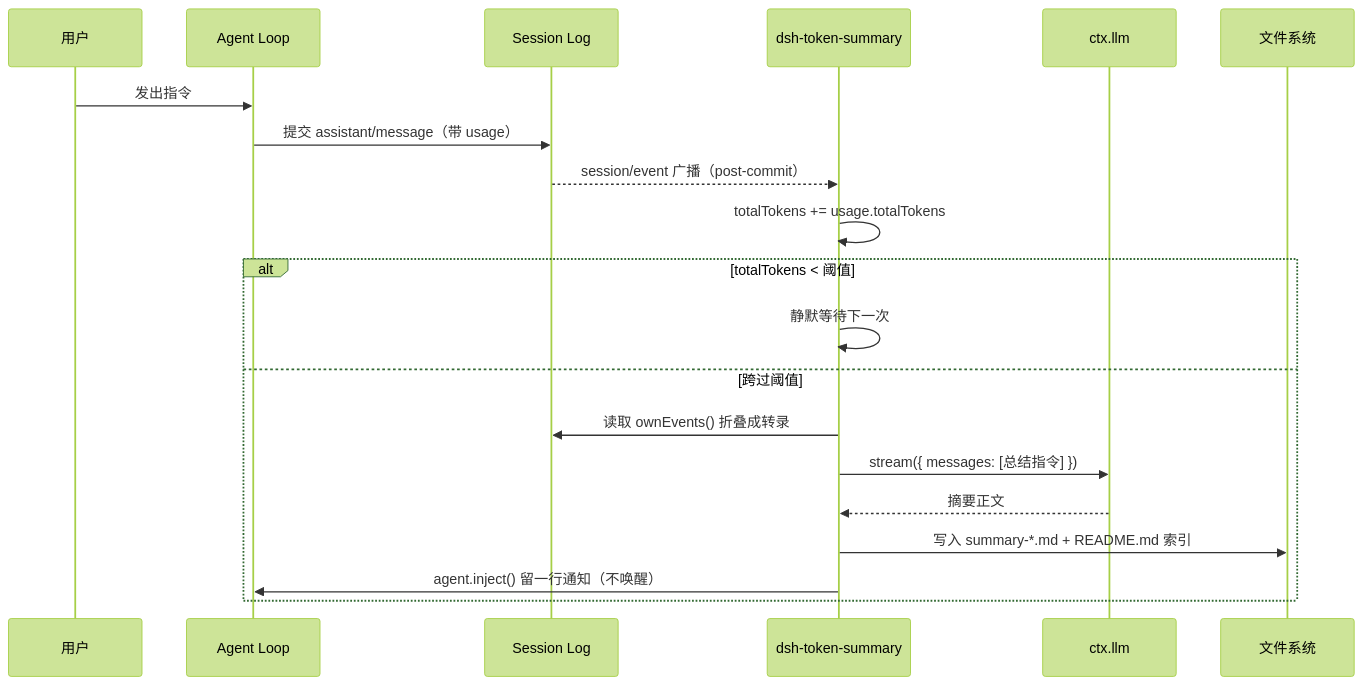
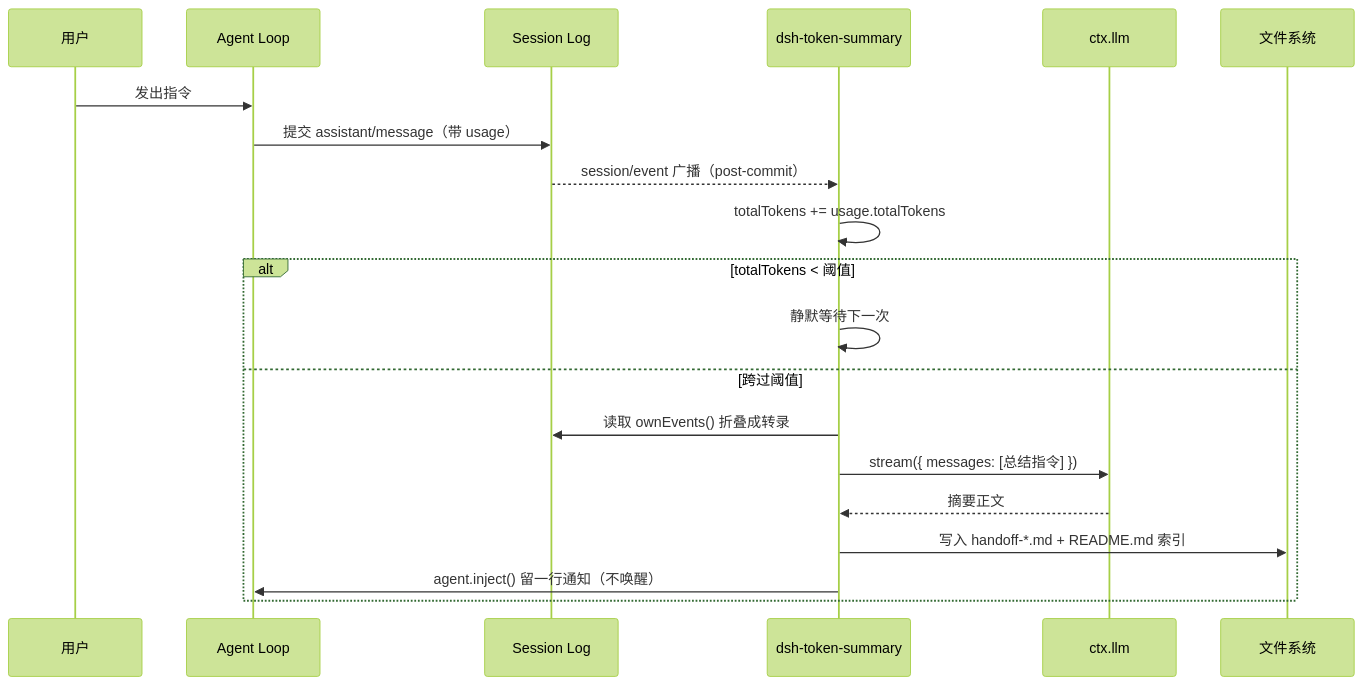
One commit to tech-zerolei/dsh-token-summary changed the diagram in README.md. Above: the diagram before and after it, drawn with Mermaid (forest theme). The commit also changed other lines of this file and 11 other files, not shown here.

````diff
--- a/README.md
+++ b/README.md
@@ -79,23 +81,23 @@
 ```mermaid
 sequenceDiagram
     participant U as 用户
     participant A as Agent Loop
     participant S as Session Log
     participant P as dsh-token-summary
     participant L as ctx.llm
     participant F as 文件系统
 
     U->>A: 发出指令
     A->>S: 提交 assistant/message（带 usage）
     S-->>P: session/event 广播（post-commit）
     P->>P: totalTokens += usage.totalTokens
     alt totalTokens < 阈值
         P->>P: 静默等待下一次
     else 跨过阈值
         P->>S: 读取 ownEvents() 折叠成转录
         P->>L: stream({ messages: [总结指令] })
         L-->>P: 摘要正文
-        P->>F: 写入 summary-*.md + README.md 索引
+        P->>F: 写入 handoff-*.md + README.md 索引
         P->>A: agent.inject() 留一行通知（不唤醒）
     end
 ```
````
